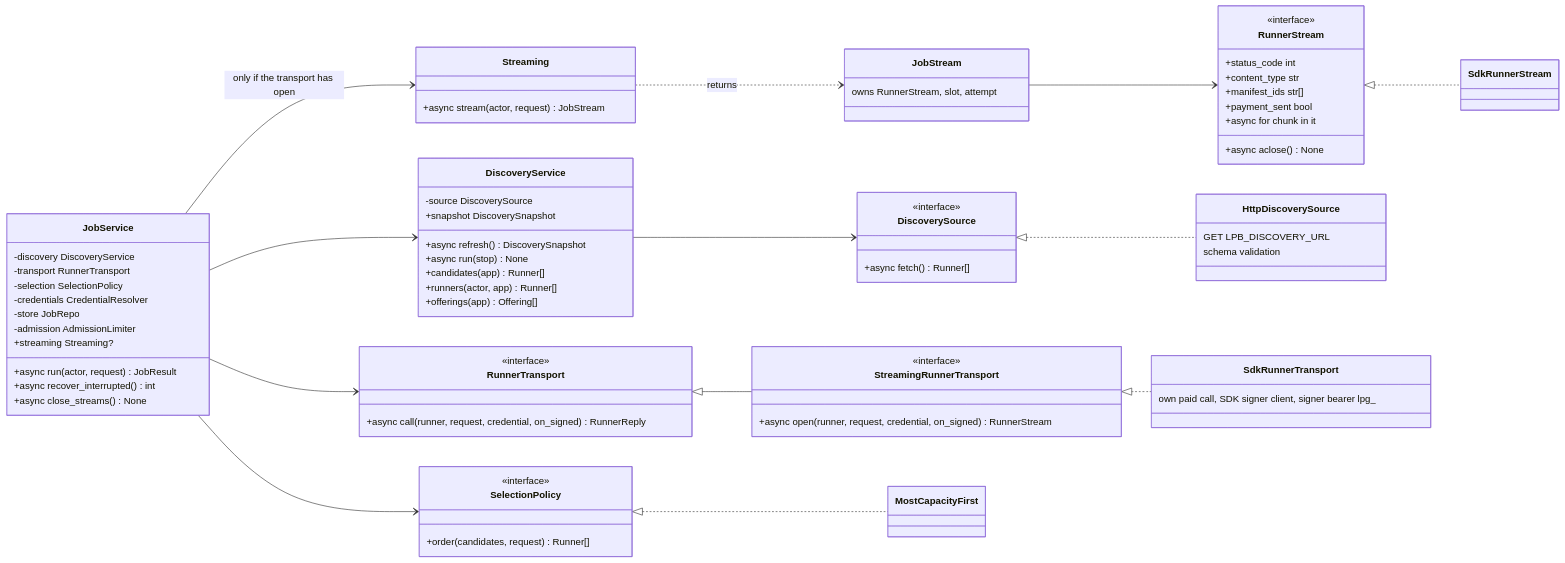
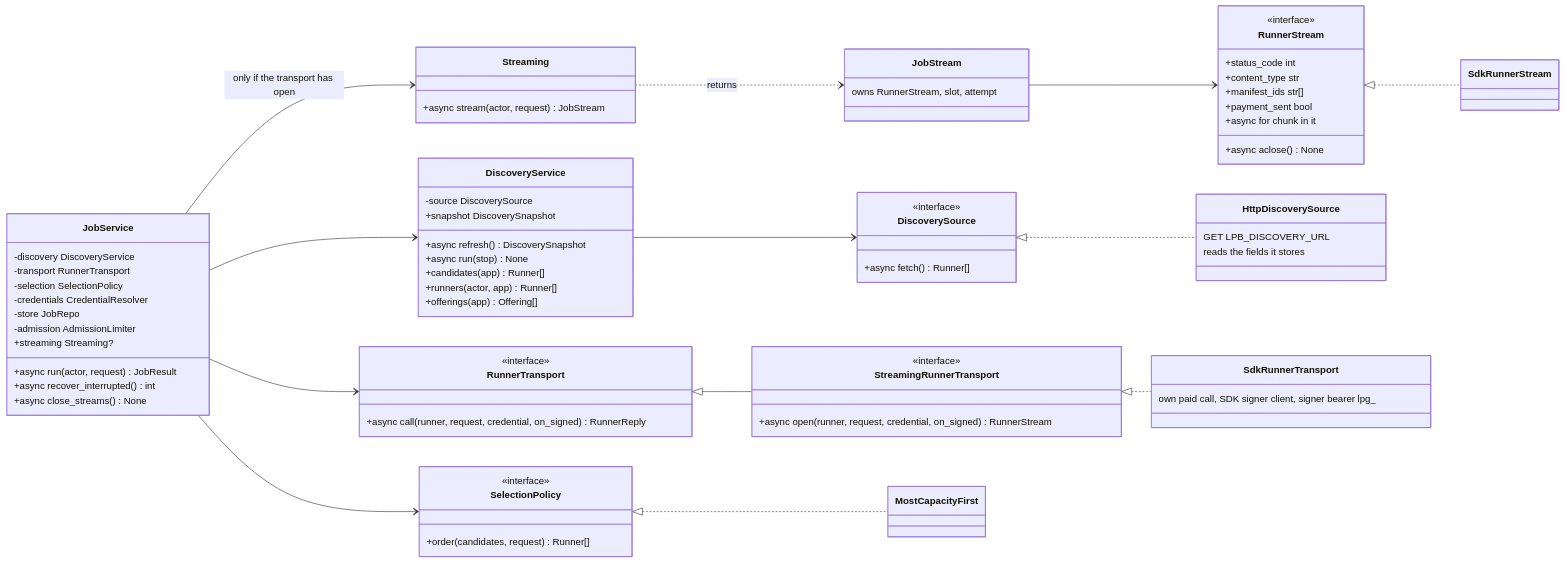
The fourth of 16 diagrams in docs/design-docs/interfaces-and-http-servers.md (NE-Build-Track/livepeer-builder-core), drawn with Mermaid before and after one commit. The commit also changed other lines of this file and 36 other files, not shown here.

````diff
--- a/docs/design-docs/interfaces-and-http-servers.md
+++ b/docs/design-docs/interfaces-and-http-servers.md
@@ -254,77 +254,77 @@
 ```mermaid
 classDiagram
     direction LR
     class DiscoverySource {
         <<interface>>
         +async fetch() Runner[]
     }
     class SelectionPolicy {
         <<interface>>
         +order(candidates, request) Runner[]
     }
     class RunnerTransport {
         <<interface>>
         +async call(runner, request, credential, on_signed) RunnerReply
     }
     class StreamingRunnerTransport {
         <<interface>>
         +async open(runner, request, credential, on_signed) RunnerStream
     }
     class RunnerStream {
         <<interface>>
         +status_code int
         +content_type str
         +manifest_ids str[]
         +payment_sent bool
         +async for chunk in it
         +async aclose() None
     }
     class DiscoveryService {
         -source DiscoverySource
         +snapshot DiscoverySnapshot
         +async refresh() DiscoverySnapshot
         +async run(stop) None
         +candidates(app) Runner[]
         +runners(actor, app) Runner[]
         +offerings(app) Offering[]
     }
     class JobService {
         -discovery DiscoveryService
         -transport RunnerTransport
         -selection SelectionPolicy
         -credentials CredentialResolver
         -store JobRepo
         -admission AdmissionLimiter
         +streaming Streaming?
         +async run(actor, request) JobResult
         +async recover_interrupted() int
         +async close_streams() None
     }
     class Streaming {
         +async stream(actor, request) JobStream
     }
     class JobStream {
         owns RunnerStream, slot, attempt
     }
     class HttpDiscoverySource {
         GET LPB_DISCOVERY_URL
-        schema validation
+        reads the fields it stores
     }
     class MostCapacityFirst
     class SdkRunnerTransport {
         own paid call, SDK signer client, signer bearer lpg_
     }
     class SdkRunnerStream
     RunnerTransport <|-- StreamingRunnerTransport
     DiscoverySource <|.. HttpDiscoverySource
     SelectionPolicy <|.. MostCapacityFirst
     StreamingRunnerTransport <|.. SdkRunnerTransport
     RunnerStream <|.. SdkRunnerStream
     DiscoveryService --> DiscoverySource
     JobService --> DiscoveryService
     JobService --> SelectionPolicy
     JobService --> RunnerTransport
     JobService --> Streaming : only if the transport has open
     Streaming ..> JobStream : returns
     JobStream --> RunnerStream
 ```
````
